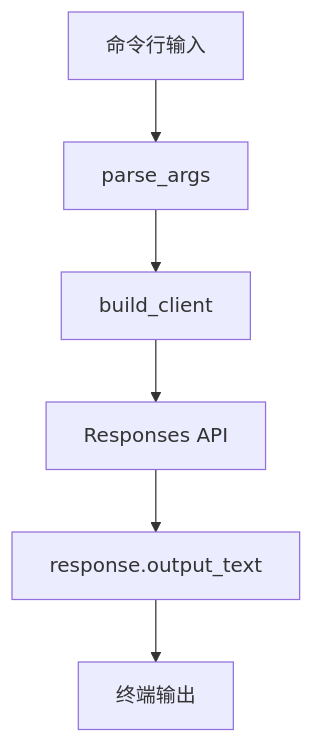
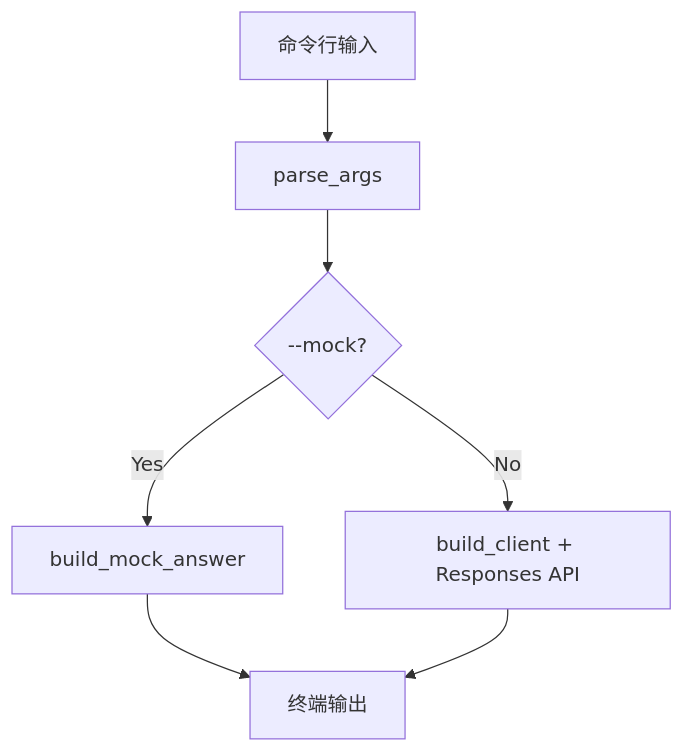
One commit to kurekako2017/vscode_study changed the diagram in agent-lab/projects/chat_cli/README.md. Above: the diagram before and after it, drawn with Mermaid. The commit also changed other lines of this file and 25 other files, not shown here.

````diff
--- a/agent-lab/projects/chat_cli/README.md
+++ b/agent-lab/projects/chat_cli/README.md
@@ -93,8 +112,9 @@
 ```mermaid
 flowchart TD
     A[命令行输入] --> B[parse_args]
-    B --> C[build_client]
-    C --> D[Responses API]
-    D --> E[response.output_text]
-    E --> F[终端输出]
+    B --> C{--mock?}
+    C -->|Yes| D[build_mock_answer]
+    C -->|No| E[build_client + Responses API]
+    D --> F[终端输出]
+    E --> F
 ```
````
